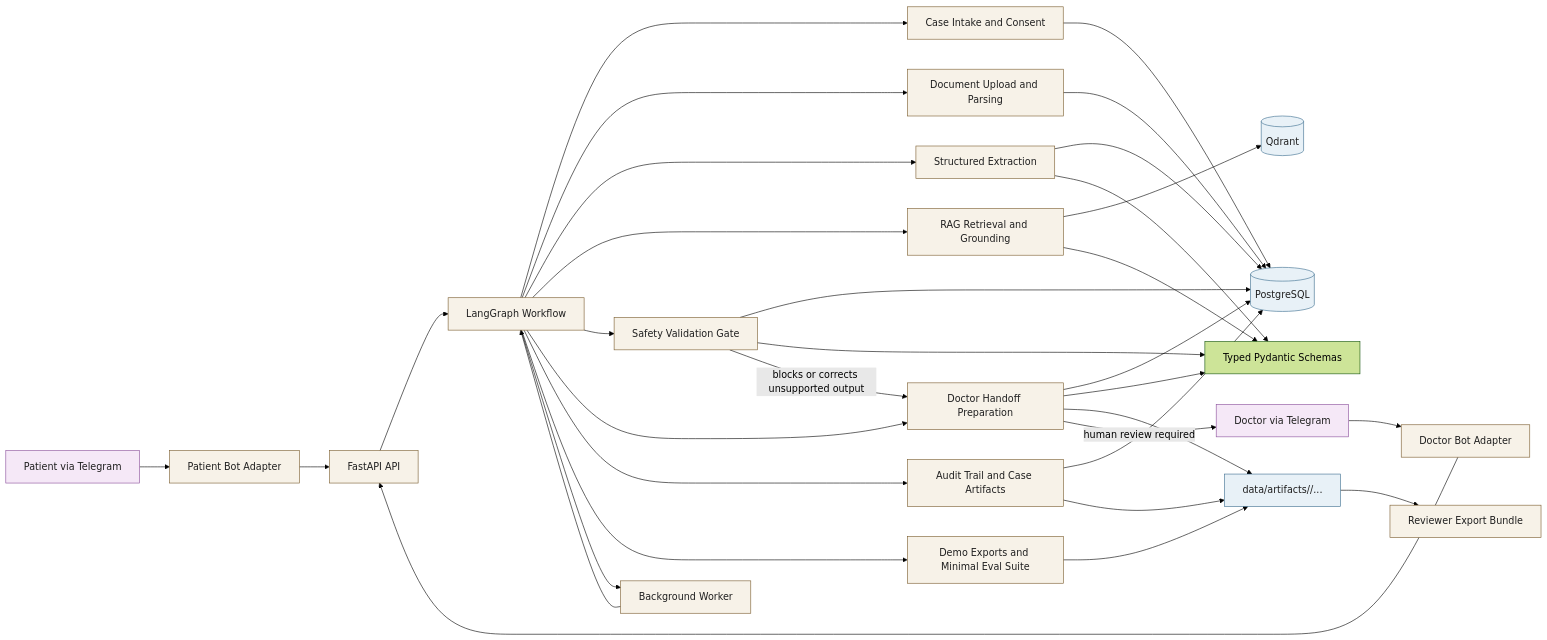
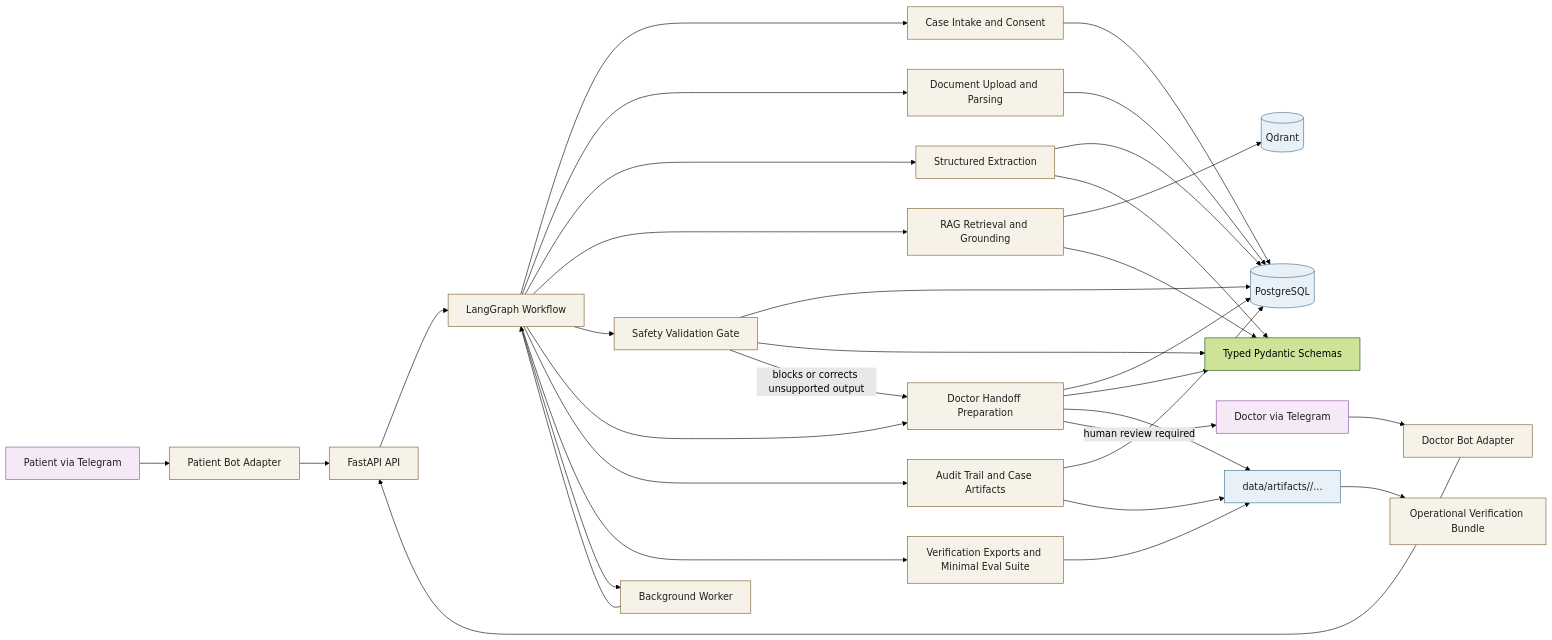
One commit to Makerov/medical-ai-agent changed the diagram in docs/architecture-diagram.md. Above: the diagram before and after it, drawn with Mermaid (forest theme). The commit also changed other lines of this file, not shown here.

Commit message:
docs: align architecture diagram with operational path

````diff
--- a/docs/architecture-diagram.md
+++ b/docs/architecture-diagram.md
@@ -5,48 +5,48 @@
 ```mermaid
 flowchart LR
   Patient[Patient via Telegram] --> PatientBot[Patient Bot Adapter]
   Doctor[Doctor via Telegram] --> DoctorBot[Doctor Bot Adapter]
   PatientBot --> API[FastAPI API]
   DoctorBot --> API
 
   API --> Graph[LangGraph Workflow]
   Graph --> Intake[Case Intake and Consent]
   Graph --> Docs[Document Upload and Parsing]
   Graph --> Extract[Structured Extraction]
   Graph --> RAG[RAG Retrieval and Grounding]
   Graph --> Safety[Safety Validation Gate]
   Graph --> Handoff[Doctor Handoff Preparation]
   Graph --> Audit[Audit Trail and Case Artifacts]
-  Graph --> Eval[Demo Exports and Minimal Eval Suite]
+  Graph --> Eval[Verification Exports and Minimal Eval Suite]
 
   Intake --> PG[(PostgreSQL)]
   Docs --> PG
   Extract --> PG
   Safety --> PG
   Handoff --> PG
   Audit --> PG
 
   RAG --> Qdrant[(Qdrant)]
   RAG --> Schemas[Typed Pydantic Schemas]
   Extract --> Schemas
   Safety --> Schemas
   Handoff --> Schemas
 
   Audit --> Artifacts[data/artifacts/<case_id>/...]
   Eval --> Artifacts
   Handoff --> Artifacts
   Graph --> Workers[Background Worker]
   Workers --> Graph
 
   Safety -->|blocks or corrects unsupported output| Handoff
   Handoff -->|human review required| Doctor
-  Artifacts --> Reviewer[Reviewer Export Bundle]
+  Artifacts --> Reviewer[Operational Verification Bundle]
 
   classDef boundary fill:#f7f2e8,stroke:#7a5c2e,color:#1f1f1f;
   classDef storage fill:#e8f1f7,stroke:#3c6e8f,color:#1f1f1f;
   classDef adapter fill:#f5e8f7,stroke:#8a4f9b,color:#1f1f1f;
 
   class PatientBot,DoctorBot,API,Graph,Intake,Docs,Extract,RAG,Safety,Handoff,Audit,Eval,Workers,Reviewer boundary;
   class PG,Qdrant,Artifacts storage;
   class Patient,Doctor adapter;
 ```
````
